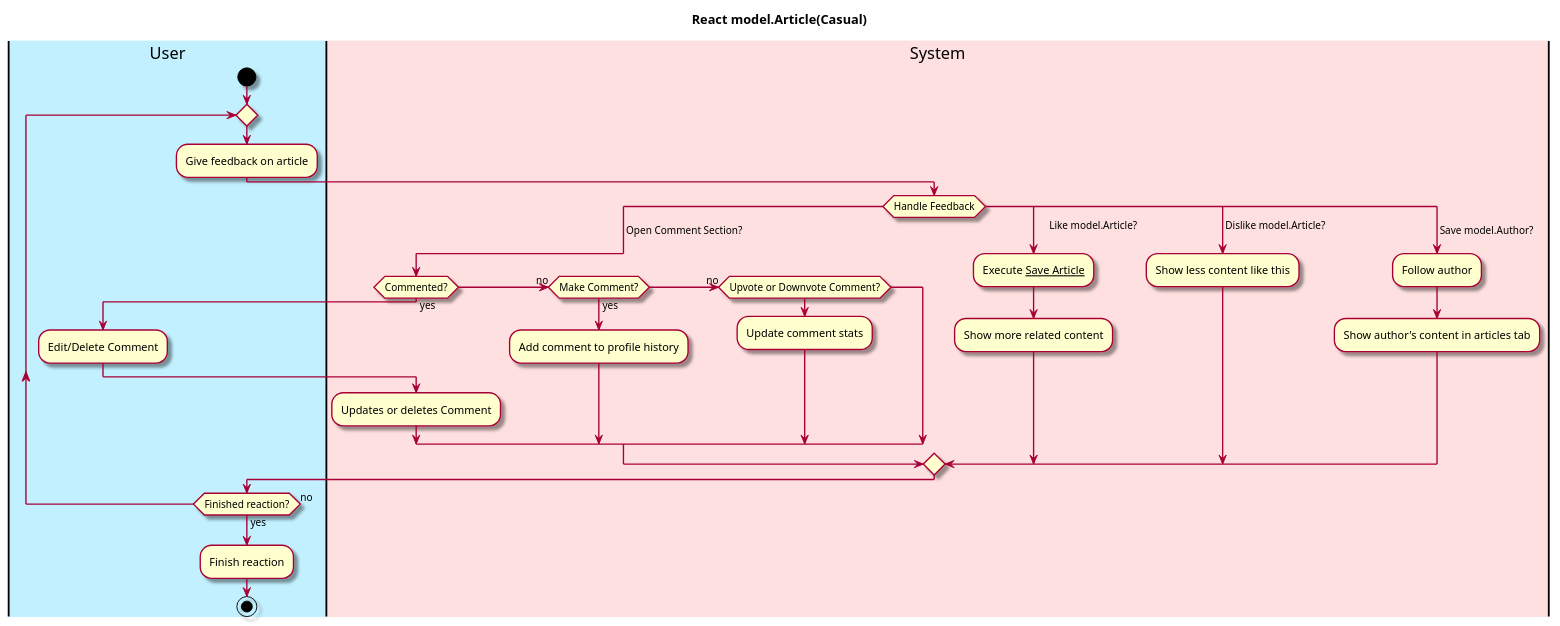
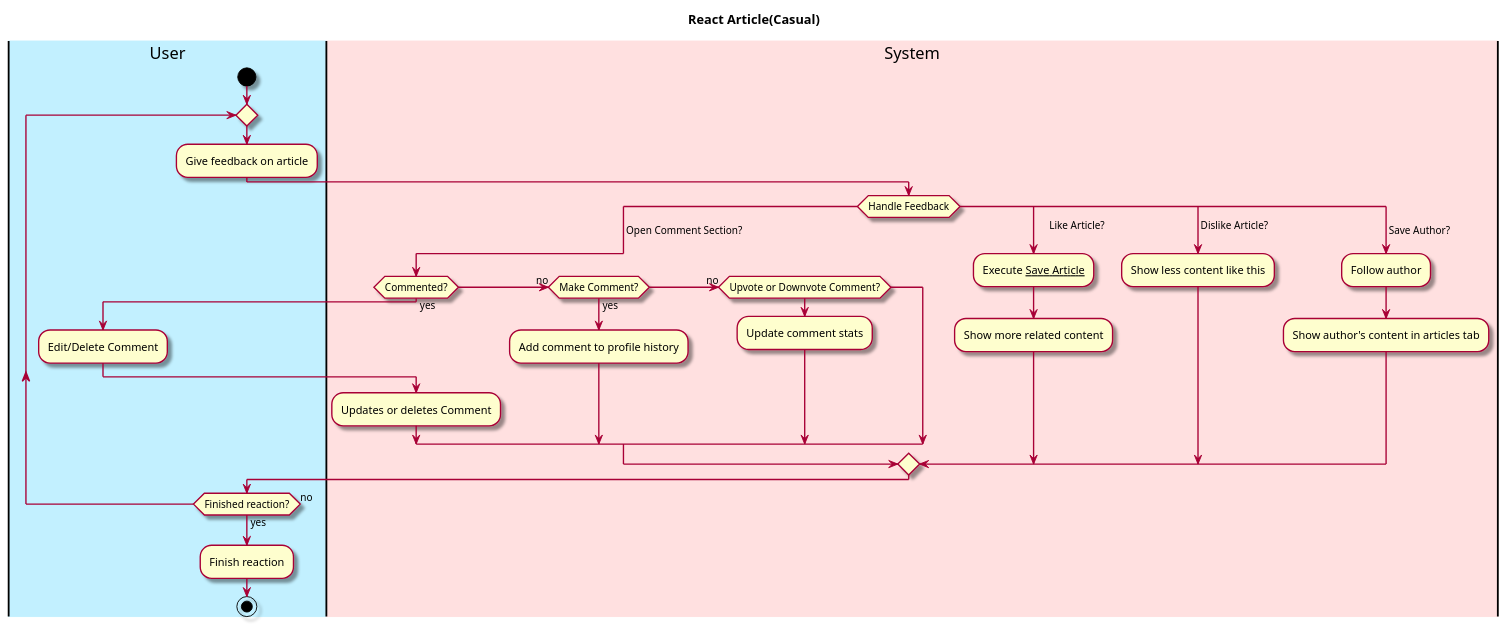
One commit to owhitleym-ui/EcoScoop changed the first of 5 diagrams in intellij/doc/use-cases/react-article.md. Above: the diagram before and after it, drawn with PlantUML. The commit also changed other lines of this file and 8 other files, not shown here.

Commit message:
Updated Sequence Diagrams

````diff
--- a/intellij/doc/use-cases/react-article.md
+++ b/intellij/doc/use-cases/react-article.md
@@ -27,51 +27,51 @@
 ```plantuml
 @startuml
 
 skin rose
 
-title React model.Article(Casual)
+title React Article(Casual)
 
 'define the lanes
 |#application|User|
 |#implementation|System|
 
 
 |User|
 start
 repeat
 :Give feedback on article;
 |System|
 switch (Handle Feedback)
     
     case ( Open Comment Section?)
         if(Commented?) then (yes)
             |User|
             :Edit/Delete Comment;
             |System|
             :Updates or deletes Comment;
         (no)elseif (Make Comment?) then (yes)
             |System|
             :Add comment to profile history;
         (no)elseif (Upvote or Downvote Comment?)
             |System|
             :Update comment stats;
         endif
-    case (      Like model.Article?)
+    case (      Like Article?)
         |System|
         :Execute __Save Article__;
         :Show more related content;
-    case ( Dislike model.Article?)
+    case ( Dislike Article?)
         :Show less content like this;
-    case ( Save model.Author?) 
+    case ( Save Author?) 
         |System|
         :Follow author;
         :Show author's content in articles tab;
 endswitch
 
 
 |User|
 repeat while (Finished reaction?) is (no) not (yes)
 :Finish reaction;
 stop
 @enduml
 ```
````
